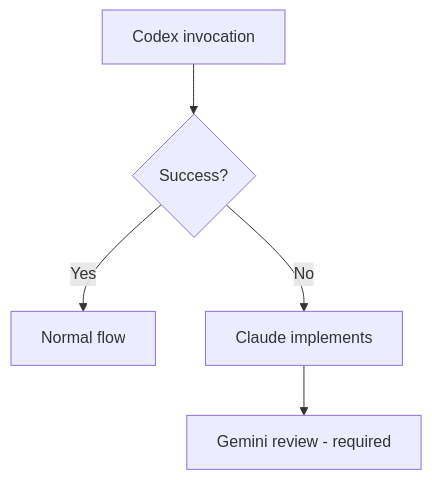
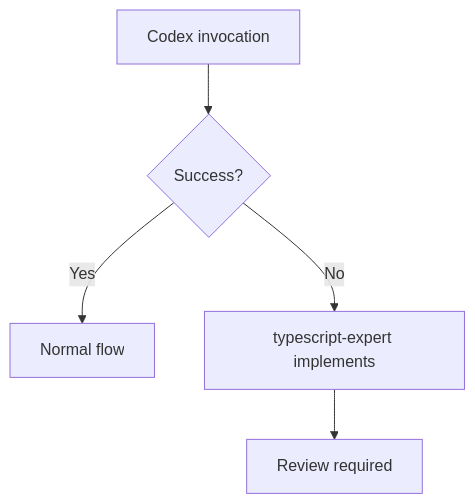
The diagram in skills/typescript-dev/SKILL.md (ksterx/claude-code-configs), drawn with Mermaid before and after one commit. The commit also changed other lines of this file and 8 other files, not shown here.

````diff
--- a/skills/typescript-dev/SKILL.md
+++ b/skills/typescript-dev/SKILL.md
@@ -61,7 +100,7 @@
 ```mermaid
 graph TD
     A[Codex invocation] --> B{Success?}
     B -->|Yes| C[Normal flow]
-    B -->|No| D[Claude implements]
-    D --> E[Gemini review - required]
+    B -->|No| D[typescript-expert implements]
+    D --> E[Review required]
 ```
````
